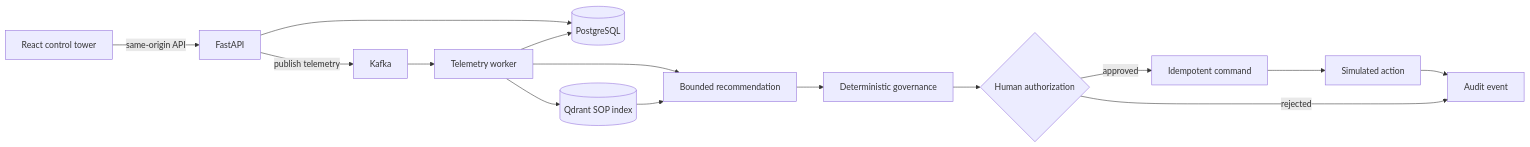
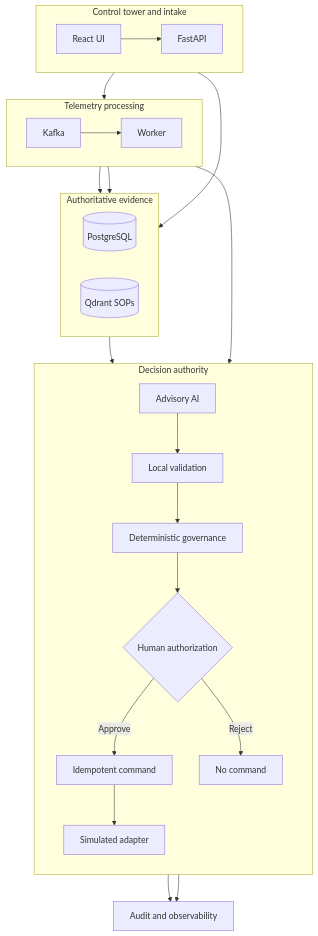
One commit to sa-rehman1/coldchain-sentinel changed the diagram in README.md. Above: the diagram before and after it, drawn with Mermaid. The commit also changed other lines of this file and 1 other file, not shown here.

Commit message:
docs: improve architecture readability

````diff
--- a/README.md
+++ b/README.md
@@ -65,17 +65,37 @@
 ```mermaid
-flowchart LR
-    UI[React control tower] -->|same-origin API| API[FastAPI]
-    API -->|publish telemetry| K[Kafka]
-    K --> W[Telemetry worker]
-    W --> DB[(PostgreSQL)]
-    W --> Q[(Qdrant SOP index)]
-    Q --> R[Bounded recommendation]
+flowchart TD
+    subgraph Intake[Control tower and intake]
+        direction LR
+        UI[React UI] --> API[FastAPI]
+    end
+
+    subgraph Processing[Telemetry processing]
+        direction LR
+        K[Kafka] --> W[Worker]
+    end
+
+    subgraph Evidence[Authoritative evidence]
+        direction LR
+        DB[(PostgreSQL)]
+        Q[(Qdrant SOPs)]
+    end
+
+    subgraph Authority[Decision authority]
+        direction TD
+        R[Advisory AI] --> V[Local validation]
+        V --> G[Deterministic governance]
+        G --> H{Human authorization}
+        H -->|Approve| C[Idempotent command]
+        H -->|Reject| N[No command]
+        C --> S[Simulated adapter]
+    end
+
+    API --> K
+    API --> DB
+    W --> DB
+    W --> Q
     W --> R
-    R --> G[Deterministic governance]
-    G --> H{Human authorization}
-    H -->|approved| C[Idempotent command]
-    H -->|rejected| A[Audit event]
-    C --> S[Simulated action]
-    S --> A
-    API --> DB
+    Q --> R
+    S --> O[Audit and observability]
+    N --> O
 ```
````
